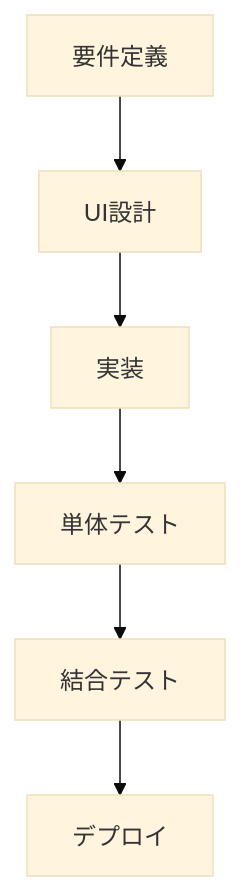
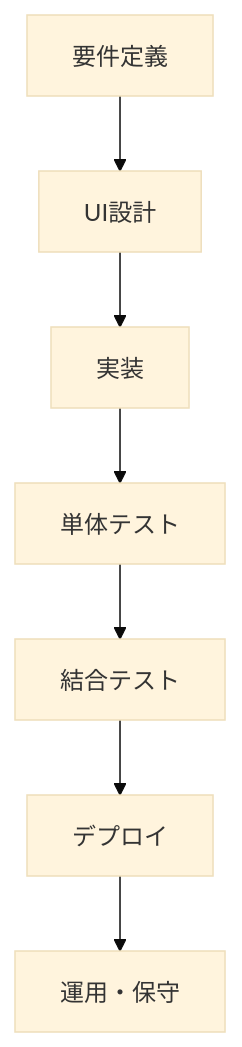
The diagram in plan.md (RyukokuDX/expense-management-system), drawn with Mermaid (base theme) before and after one commit. The commit also changed other lines of this file, not shown here.

````diff
--- a/plan.md
+++ b/plan.md
@@ -419,8 +309,9 @@
 ```mermaid
 graph TD
     A[要件定義] --> B[UI設計]
     B --> C[実装]
     C --> D[単体テスト]
     D --> E[結合テスト]
     E --> F[デプロイ]
+    F --> G[運用・保守]
 ```
````
